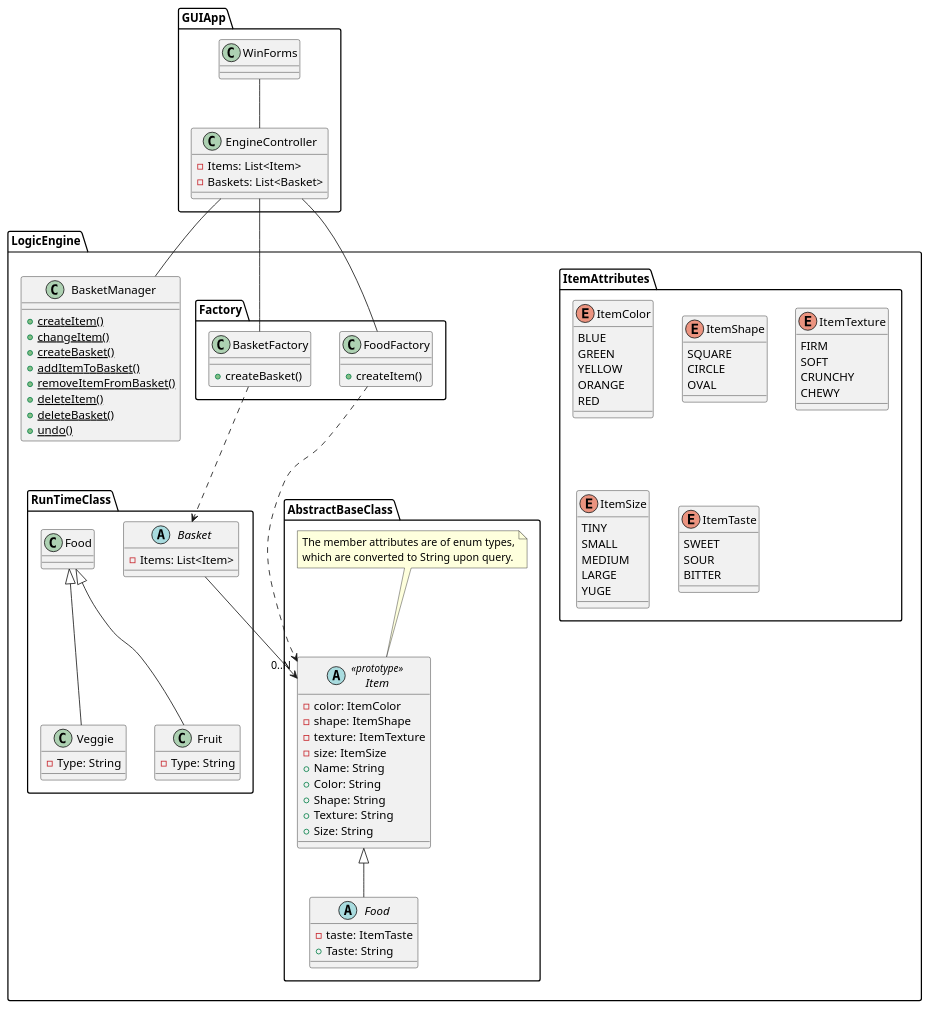
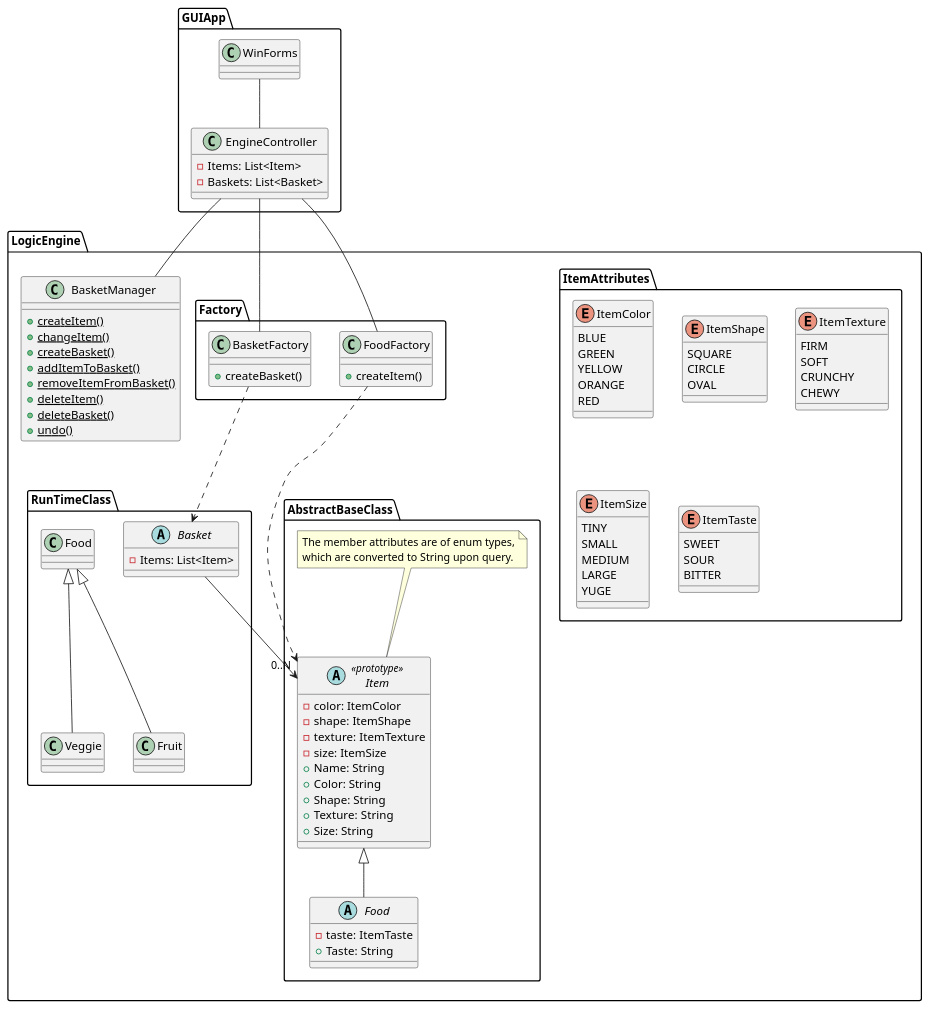
One commit to abenezerangelos/wsu-cpts321-Final changed the diagram in FinalExamProject/Design_Documents/CharlesNorden-ClassDiagram.wsd. Above: the diagram before and after it, drawn with PlantUML. The commit also changed 4 other files, not shown here.

Commit message:
Updated the uml diagram; updated implementations for the attribute enums; added some tests

```diff
--- a/FinalExamProject/Design_Documents/CharlesNorden-ClassDiagram.wsd
+++ b/FinalExamProject/Design_Documents/CharlesNorden-ClassDiagram.wsd
@@ -1,119 +1,117 @@
 @startuml "Final Exam Project"
 
 package "GUIApp" {
     class EngineController {
         -Items: List<Item>
         -Baskets: List<Basket>
     }
 
     WinForms -- EngineController
 }
 
 package "LogicEngine" {
     class BasketManager {
         {static} +createItem()
         {static} +changeItem()
         {static} +createBasket()
         {static} +addItemToBasket()
         {static} +removeItemFromBasket()
         {static} +deleteItem()
         {static} +deleteBasket()
         {static} +undo()
     }
 
     package "AbstractBaseClass" {
         abstract class Item << prototype >> {
             -color: ItemColor
             -shape: ItemShape
             -texture: ItemTexture
             -size: ItemSize
             +Name: String
             +Color: String
             +Shape: String
             +Texture: String
             +Size: String
         }
 
         note top of Item
             The member attributes are of enum types,
             which are converted to String upon query.
         end note
 
         abstract class Food extends Item {
             -taste: ItemTaste
             +Taste: String
         }
     }
     
     package "ItemAttributes" {
         enum ItemColor {
             BLUE
             GREEN
             YELLOW
             ORANGE
             RED
         }
 
         enum ItemShape {
             SQUARE
             CIRCLE
             OVAL
         }
         
         enum ItemTexture {
             FIRM
             SOFT
             CRUNCHY
             CHEWY
         }
         
         enum ItemSize {
             TINY
             SMALL
             MEDIUM
             LARGE
             YUGE
         }
         
         enum ItemTaste {
             SWEET
             SOUR
             BITTER
         }
     }
 
     package "RunTimeClass" {
         class Veggie extends Food {
-            -Type: String
         }
 
         class Fruit extends Food{
-            -Type: String
         }
 
         abstract class Basket {
             -Items: List<Item>
         }
     }
 
     package Factory {
         class BasketFactory {
             +createBasket()
         }
 
         class FoodFactory {
             +createItem()
         }
 
         BasketFactory ..> Basket
         FoodFactory ..> Item
 
         EngineController -- BasketManager
         EngineController -- BasketFactory
         EngineController -- FoodFactory
 
         Basket --> "0..N" Item
     }
 }
 
 @enduml
```
